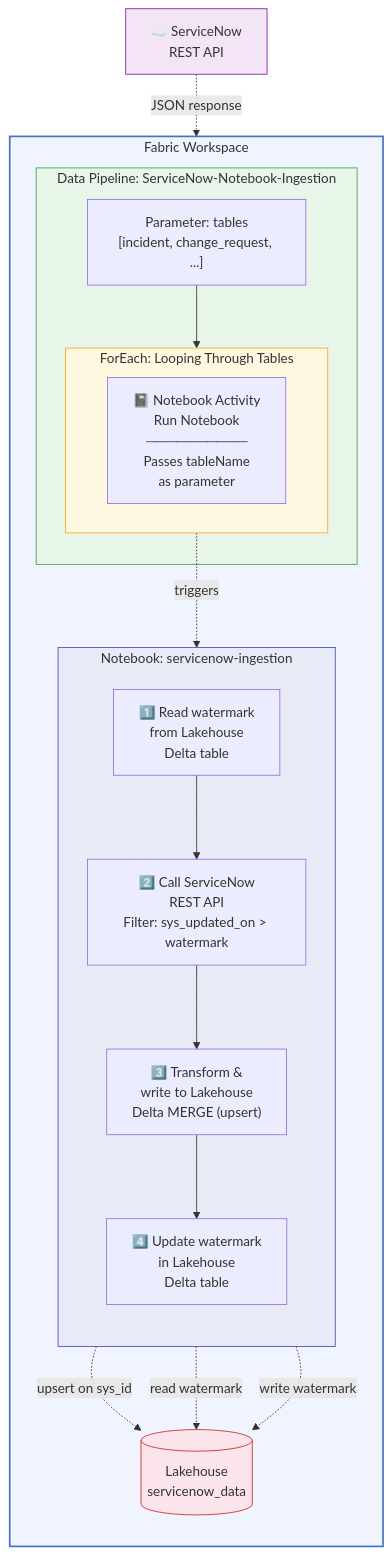
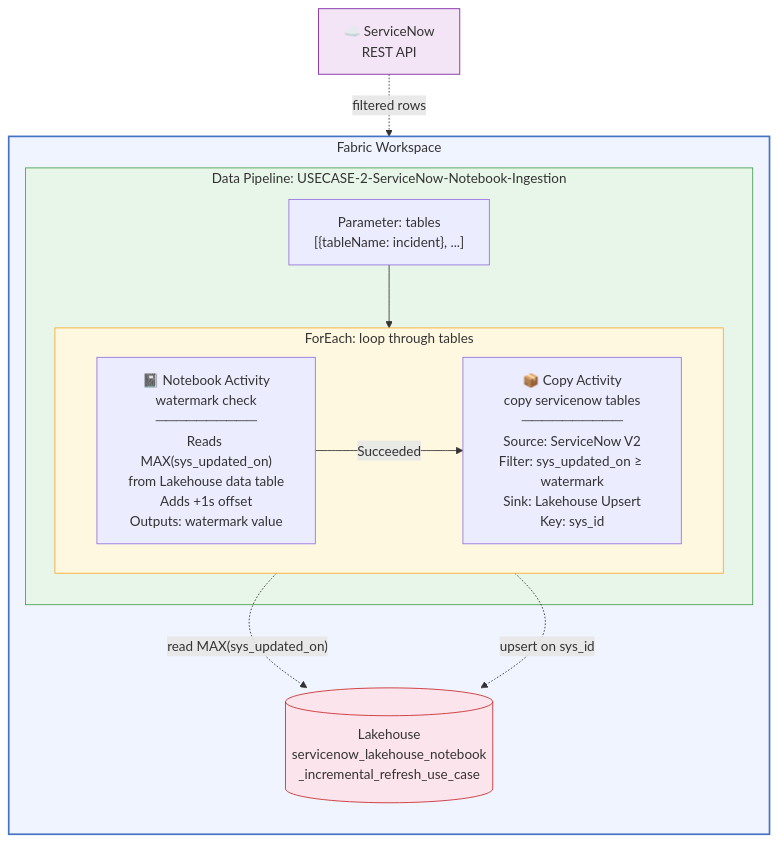
Before and after one commit to claraworkman/fabric-servicenow-pipeline-notebook-implementation: the diagram in README.md, drawn with Mermaid. The commit also changed other lines of this file, not shown here.

Commit message:
Fix README to match actual Fabric assets: hybrid Notebook + Copy Activity pattern

````diff
--- a/README.md
+++ b/README.md
@@ -11,45 +11,36 @@
 ```mermaid
 flowchart TB
     subgraph Workspace["Fabric Workspace"]
         direction TB
         
-        subgraph Pipeline["Data Pipeline: ServiceNow-Notebook-Ingestion"]
-            Param["Parameter: tables<br/>[incident, change_request, ...]"]
+        subgraph Pipeline["Data Pipeline: USECASE-2-ServiceNow-Notebook-Ingestion"]
+            Param["Parameter: tables<br/>[{tableName: incident}, ...]"]
             
-            subgraph ForEach["ForEach: Looping Through Tables"]
+            subgraph ForEach["ForEach: loop through tables"]
                 direction LR
                 
-                NB["📓 Notebook Activity<br/>Run Notebook<br/>──────────<br/>Passes tableName<br/>as parameter"]
+                NB["📓 Notebook Activity<br/>watermark check<br/>──────────<br/>Reads MAX(sys_updated_on)<br/>from Lakehouse data table<br/>Adds +1s offset<br/>Outputs: watermark value"]
+                
+                Copy["📦 Copy Activity<br/>copy servicenow tables<br/>──────────<br/>Source: ServiceNow V2<br/>Filter: sys_updated_on ≥ watermark<br/>Sink: Lakehouse Upsert<br/>Key: sys_id"]
+                
+                NB -->|"Succeeded"| Copy
             end
             
             Param --> ForEach
         end
         
-        subgraph Notebook["Notebook: servicenow-ingestion"]
-            direction TB
-            Step1["1️⃣ Read watermark<br/>from Lakehouse<br/>Delta table"]
-            Step2["2️⃣ Call ServiceNow<br/>REST API<br/>Filter: sys_updated_on &gt; watermark"]
-            Step3["3️⃣ Transform &amp;<br/>write to Lakehouse<br/>Delta MERGE (upsert)"]
-            Step4["4️⃣ Update watermark<br/>in Lakehouse<br/>Delta table"]
-            
-            Step1 --> Step2 --> Step3 --> Step4
-        end
-        
-        LH[("Lakehouse<br/>servicenow_data")]
+        LH[("Lakehouse<br/>servicenow_lakehouse_notebook<br/>_incremental_refresh_use_case")]
     end
     
     SN["☁️ ServiceNow<br/>REST API"]
     
-    NB -.->|"triggers"| Notebook
-    SN -.->|"JSON response"| Step2
-    Step3 -.->|"upsert on sys_id"| LH
-    Step1 -.->|"read watermark"| LH
-    Step4 -.->|"write watermark"| LH
+    NB -.->|"read MAX(sys_updated_on)"| LH
+    SN -.->|"filtered rows"| Copy
+    Copy -.->|"upsert on sys_id"| LH
 
     style Workspace fill:#f0f4ff,stroke:#4472c4,stroke-width:2px
     style Pipeline fill:#e8f5e9,stroke:#43a047,stroke-width:1px
     style ForEach fill:#fff8e1,stroke:#f9a825,stroke-width:1px
-    style Notebook fill:#e8eaf6,stroke:#3f51b5,stroke-width:1px
     style LH fill:#fce4ec,stroke:#c62828
     style SN fill:#f3e5f5,stroke:#7b1fa2
 ```
````
